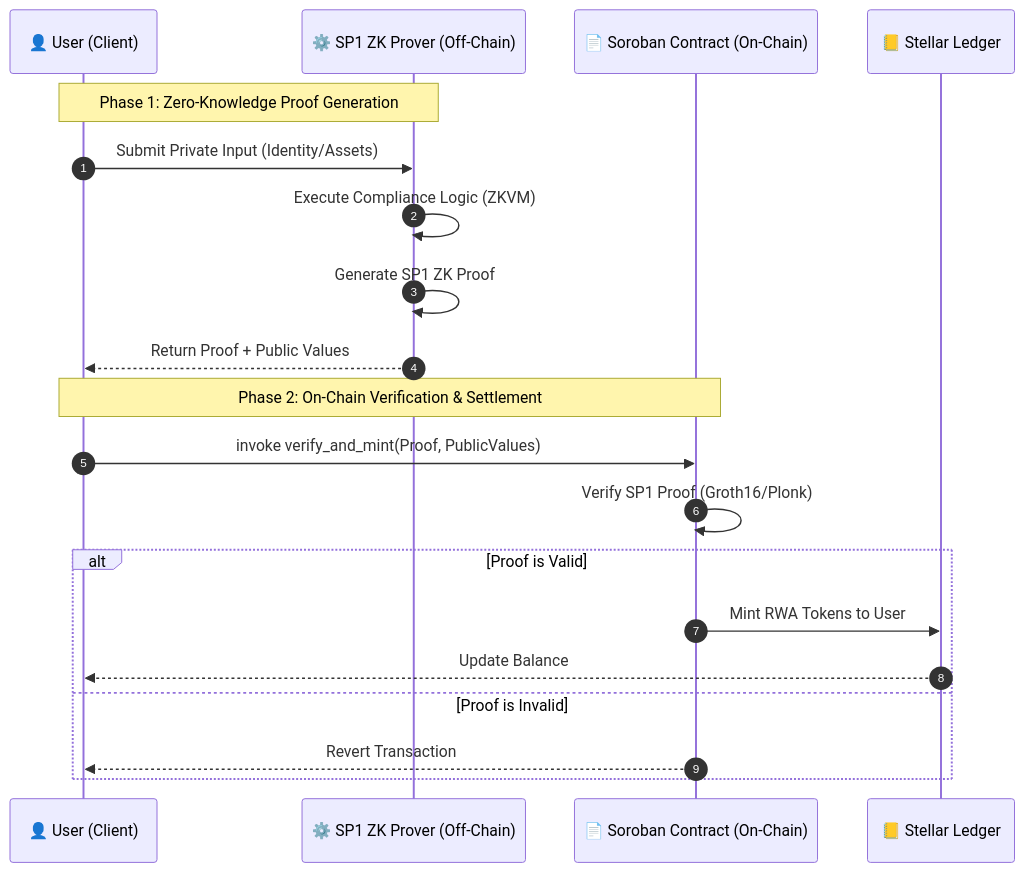
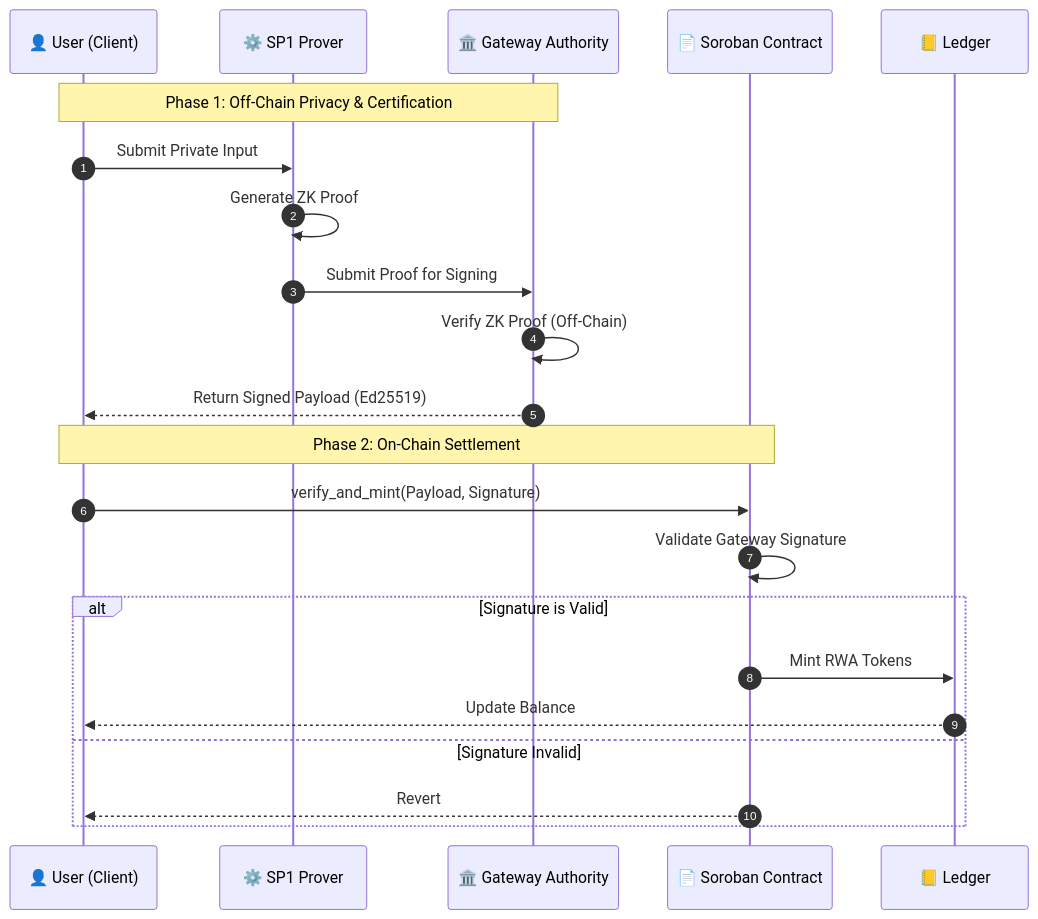
One commit to DSHIVAAY-23/stellar-zk-rwa changed the diagram in flow.md. Above: the diagram before and after it, drawn with Mermaid. The commit also changed other lines of this file and 9 other files, not shown here.

Commit message:
docs: upgrade architecture to Optimistic Gateway pattern

````diff
--- a/flow.md
+++ b/flow.md
@@ -14,25 +14,27 @@
 ```mermaid
 sequenceDiagram
     autonumber
     participant User as 👤 User (Client)
-    participant Prover as ⚙️ SP1 ZK Prover (Off-Chain)
-    participant Contract as 📄 Soroban Contract (On-Chain)
-    participant Ledger as 📒 Stellar Ledger
+    participant Prover as ⚙️ SP1 Prover
+    participant Gateway as 🏛️ Gateway Authority
+    participant Contract as 📄 Soroban Contract
+    participant Ledger as 📒 Ledger
 
-    Note over User, Prover: Phase 1: Zero-Knowledge Proof Generation
-    User->>Prover: Submit Private Input (Identity/Assets)
-    Prover->>Prover: Execute Compliance Logic (ZKVM)
-    Prover->>Prover: Generate SP1 ZK Proof
-    Prover-->>User: Return Proof + Public Values
+    Note over User, Gateway: Phase 1: Off-Chain Privacy & Certification
+    User->>Prover: Submit Private Input
+    Prover->>Prover: Generate ZK Proof
+    Prover->>Gateway: Submit Proof for Signing
+    Gateway->>Gateway: Verify ZK Proof (Off-Chain)
+    Gateway-->>User: Return Signed Payload (Ed25519)
 
-    Note over User, Contract: Phase 2: On-Chain Verification & Settlement
-    User->>Contract: invoke verify_and_mint(Proof, PublicValues)
-    Contract->>Contract: Verify SP1 Proof (Groth16/Plonk)
+    Note over User, Contract: Phase 2: On-Chain Settlement
+    User->>Contract: verify_and_mint(Payload, Signature)
+    Contract->>Contract: Validate Gateway Signature
     
-    alt Proof is Valid
-        Contract->>Ledger: Mint RWA Tokens to User
+    alt Signature is Valid
+        Contract->>Ledger: Mint RWA Tokens
         Ledger-->>User: Update Balance
-    else Proof is Invalid
-        Contract-->>User: Revert Transaction
+    else Signature Invalid
+        Contract-->>User: Revert
     end
 ```
````
